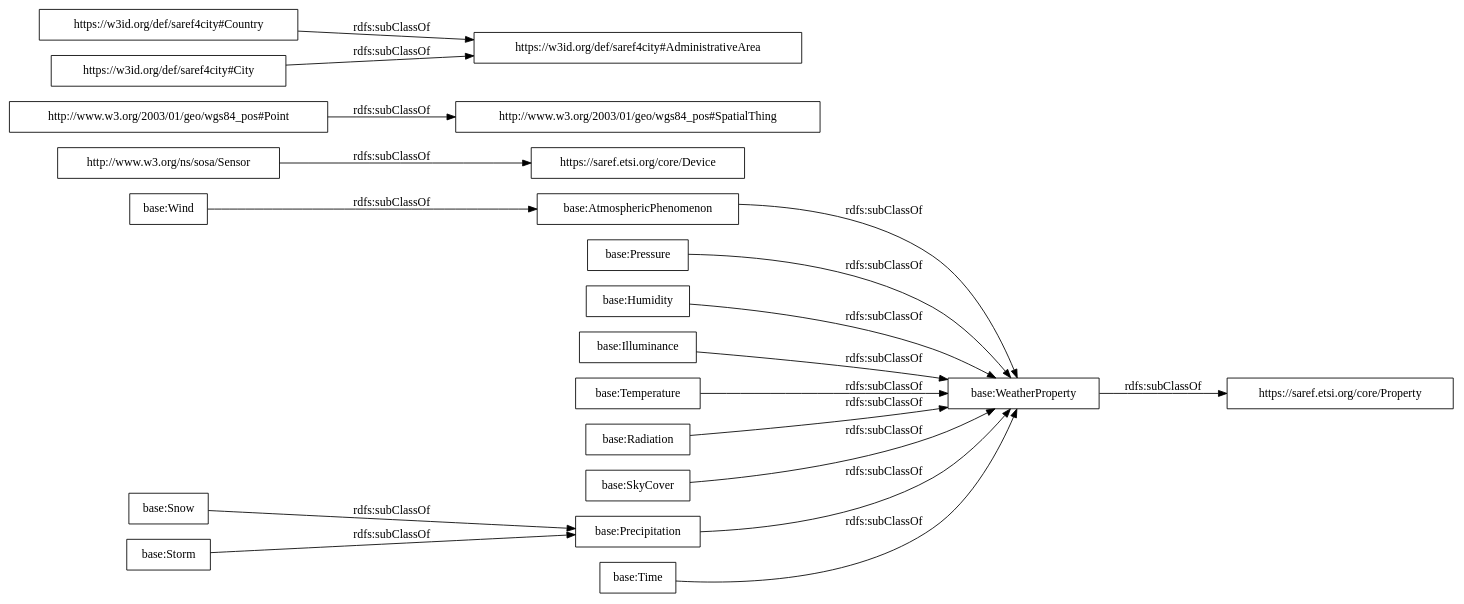
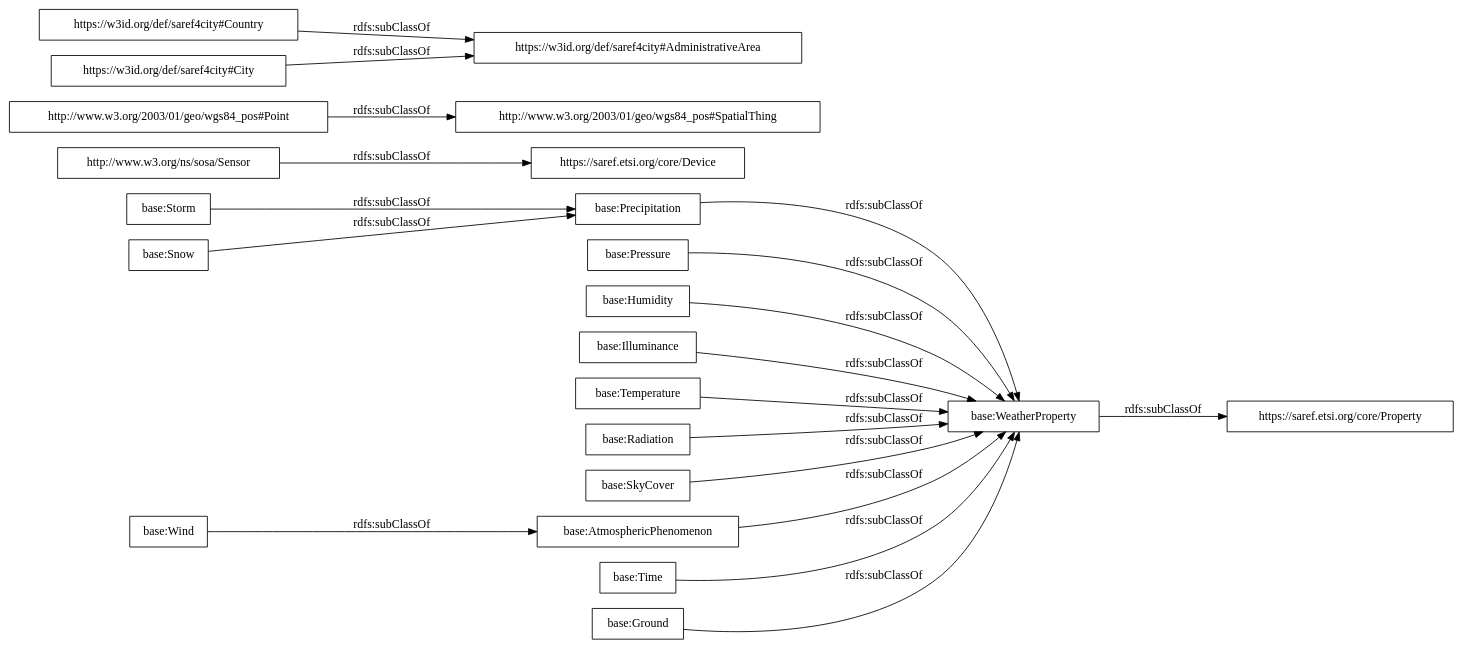
The diagram in OnToology/WidocoDocumentation/ontology.ttl/diagrams/ar2dtool-taxonomy/ontology.ttl.png.dot (oeg-upm/bimerr-weather), drawn with Graphviz before and after one commit. The commit also changed 35 other files, not shown here.

```diff
--- a/OnToology/WidocoDocumentation/ontology.ttl/diagrams/ar2dtool-taxonomy/ontology.ttl.png.dot
+++ b/OnToology/WidocoDocumentation/ontology.ttl/diagrams/ar2dtool-taxonomy/ontology.ttl.png.dot
@@ -1,23 +1,24 @@
 digraph ar2dtool_diagram { 
 rankdir=LR;
 size="1000"
-node [shape = rectangle, color="black"]; "base:Snow" "base:Pressure" "base:Humidity" "https://saref.etsi.org/core/Device" "base:Illuminance" "base:Temperature" "base:WeatherProperty" "base:Radiation" "base:SkyCover" "http://www.w3.org/2003/01/geo/wgs84_pos#SpatialThing" "base:AtmosphericPhenomenon" "https://w3id.org/def/saref4city#Country" "https://w3id.org/def/saref4city#AdministrativeArea" "base:Storm" "base:Time" "http://www.w3.org/ns/sosa/Sensor" "https://saref.etsi.org/core/Property" "https://w3id.org/def/saref4city#City" "http://www.w3.org/2003/01/geo/wgs84_pos#Point" "base:Wind" "base:Precipitation" ; /*classes style*/
+node [shape = rectangle, color="black"]; "base:Snow" "base:Pressure" "base:Humidity" "https://saref.etsi.org/core/Device" "base:Illuminance" "base:Temperature" "base:WeatherProperty" "base:Radiation" "base:SkyCover" "http://www.w3.org/2003/01/geo/wgs84_pos#SpatialThing" "base:AtmosphericPhenomenon" "https://w3id.org/def/saref4city#Country" "https://w3id.org/def/saref4city#AdministrativeArea" "base:Storm" "base:Time" "base:Ground" "http://www.w3.org/ns/sosa/Sensor" "https://saref.etsi.org/core/Property" "https://w3id.org/def/saref4city#City" "http://www.w3.org/2003/01/geo/wgs84_pos#Point" "base:Wind" "base:Precipitation" ; /*classes style*/
 	"base:WeatherProperty" -> "https://saref.etsi.org/core/Property" [ label = "rdfs:subClassOf" ];
 	"base:Illuminance" -> "base:WeatherProperty" [ label = "rdfs:subClassOf" ];
 	"base:SkyCover" -> "base:WeatherProperty" [ label = "rdfs:subClassOf" ];
 	"base:Time" -> "base:WeatherProperty" [ label = "rdfs:subClassOf" ];
 	"base:Radiation" -> "base:WeatherProperty" [ label = "rdfs:subClassOf" ];
 	"base:Wind" -> "base:AtmosphericPhenomenon" [ label = "rdfs:subClassOf" ];
 	"base:Pressure" -> "base:WeatherProperty" [ label = "rdfs:subClassOf" ];
 	"http://www.w3.org/2003/01/geo/wgs84_pos#Point" -> "http://www.w3.org/2003/01/geo/wgs84_pos#SpatialThing" [ label = "rdfs:subClassOf" ];
 	"https://w3id.org/def/saref4city#City" -> "https://w3id.org/def/saref4city#AdministrativeArea" [ label = "rdfs:subClassOf" ];
 	"base:Temperature" -> "base:WeatherProperty" [ label = "rdfs:subClassOf" ];
 	"base:Snow" -> "base:Precipitation" [ label = "rdfs:subClassOf" ];
 	"base:Precipitation" -> "base:WeatherProperty" [ label = "rdfs:subClassOf" ];
+	"base:Ground" -> "base:WeatherProperty" [ label = "rdfs:subClassOf" ];
 	"http://www.w3.org/ns/sosa/Sensor" -> "https://saref.etsi.org/core/Device" [ label = "rdfs:subClassOf" ];
 	"base:AtmosphericPhenomenon" -> "base:WeatherProperty" [ label = "rdfs:subClassOf" ];
 	"base:Storm" -> "base:Precipitation" [ label = "rdfs:subClassOf" ];
 	"base:Humidity" -> "base:WeatherProperty" [ label = "rdfs:subClassOf" ];
 	"https://w3id.org/def/saref4city#Country" -> "https://w3id.org/def/saref4city#AdministrativeArea" [ label = "rdfs:subClassOf" ];
 
 }
```
